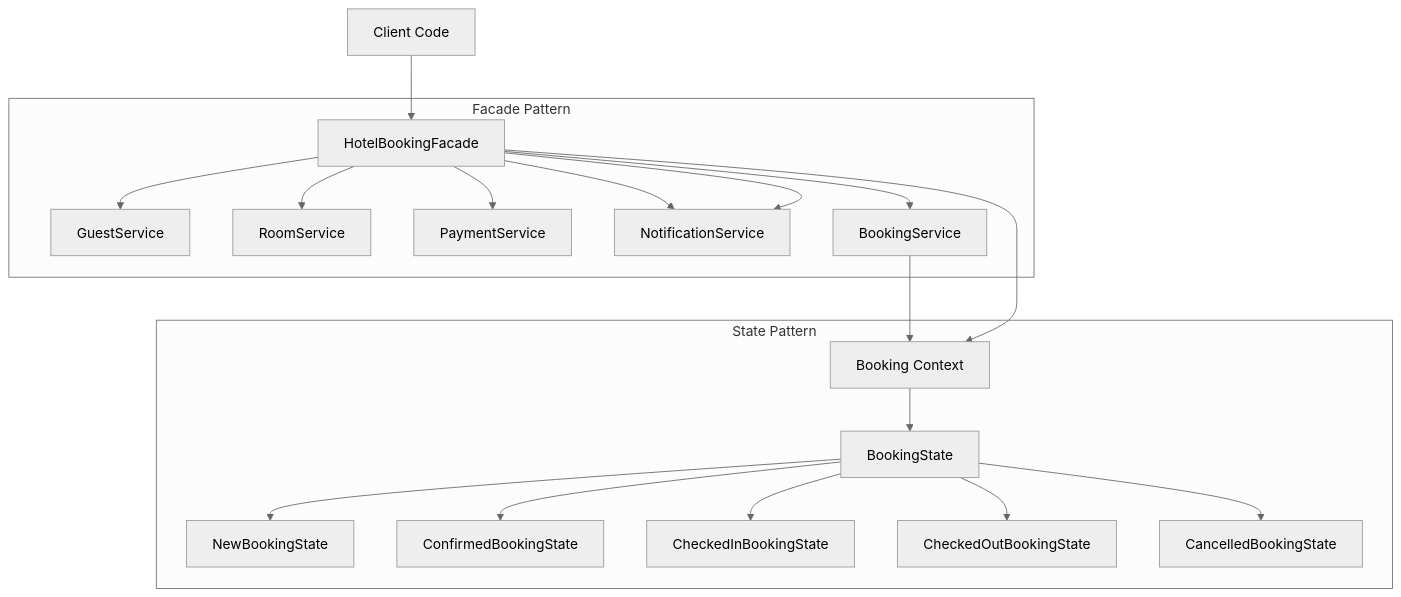
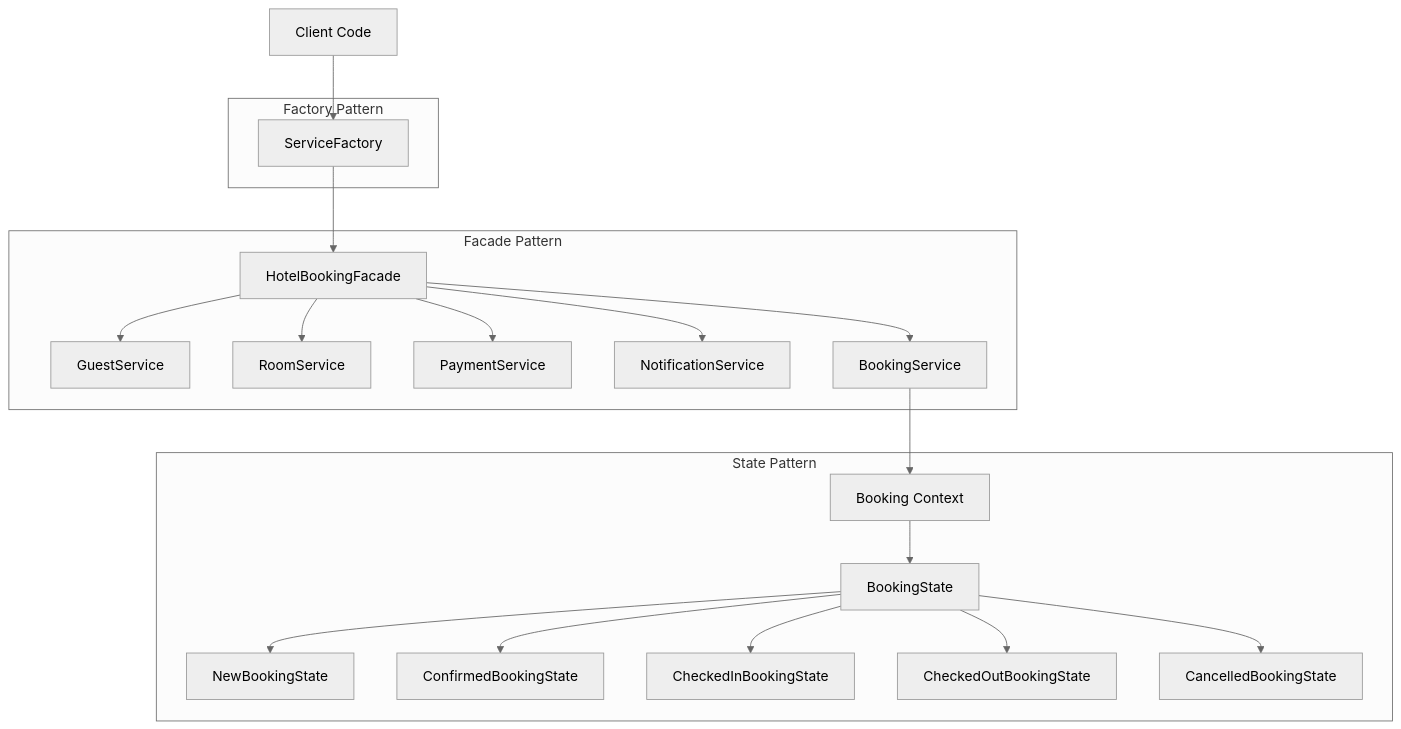
One commit to yurykurouski/js_lab3 changed the fourth of 4 diagrams in ARCHITECTURE.md. Above: the diagram before and after it, drawn with Mermaid (neutral theme). The commit also changed other lines of this file, not shown here.

Commit message:
feat: enhance architecture documentation with detailed Service Factory pattern and its benefits

````diff
--- a/ARCHITECTURE.md
+++ b/ARCHITECTURE.md
@@ -146,39 +184,42 @@
 ```mermaid
 graph TB
-    Client[Client Code] --> Facade[HotelBookingFacade]
+    Client[Client Code] --> Factory[ServiceFactory]
+    Factory --> Facade[HotelBookingFacade]
     
     Facade --> GS[GuestService]
     Facade --> RS[RoomService]
     Facade --> PS[PaymentService]
     Facade --> NS[NotificationService]
     Facade --> BS[BookingService]
     BS --> Booking[Booking Context]
-    Facade --> NS[NotificationService]
-    Facade --> Booking[Booking Context]
     
     Booking --> State[BookingState]
     State --> New[NewBookingState]
     State --> Confirmed[ConfirmedBookingState]
     State --> CheckedIn[CheckedInBookingState]
     State --> CheckedOut[CheckedOutBookingState]
     State --> Cancelled[CancelledBookingState]
+    
+    subgraph "Factory Pattern"
+        Factory
+    end
     
     subgraph "Facade Pattern"
         Facade
         GS
         RS
         PS
         NS
         BS
     end
     
     subgraph "State Pattern"
         Booking
         State
         New
         Confirmed
         CheckedIn
         CheckedOut
         Cancelled
     end
 ```
````
